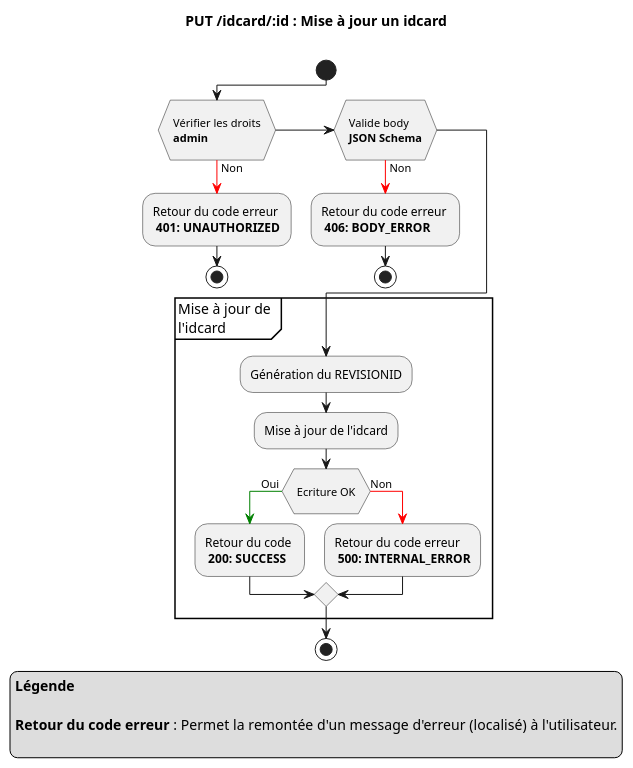
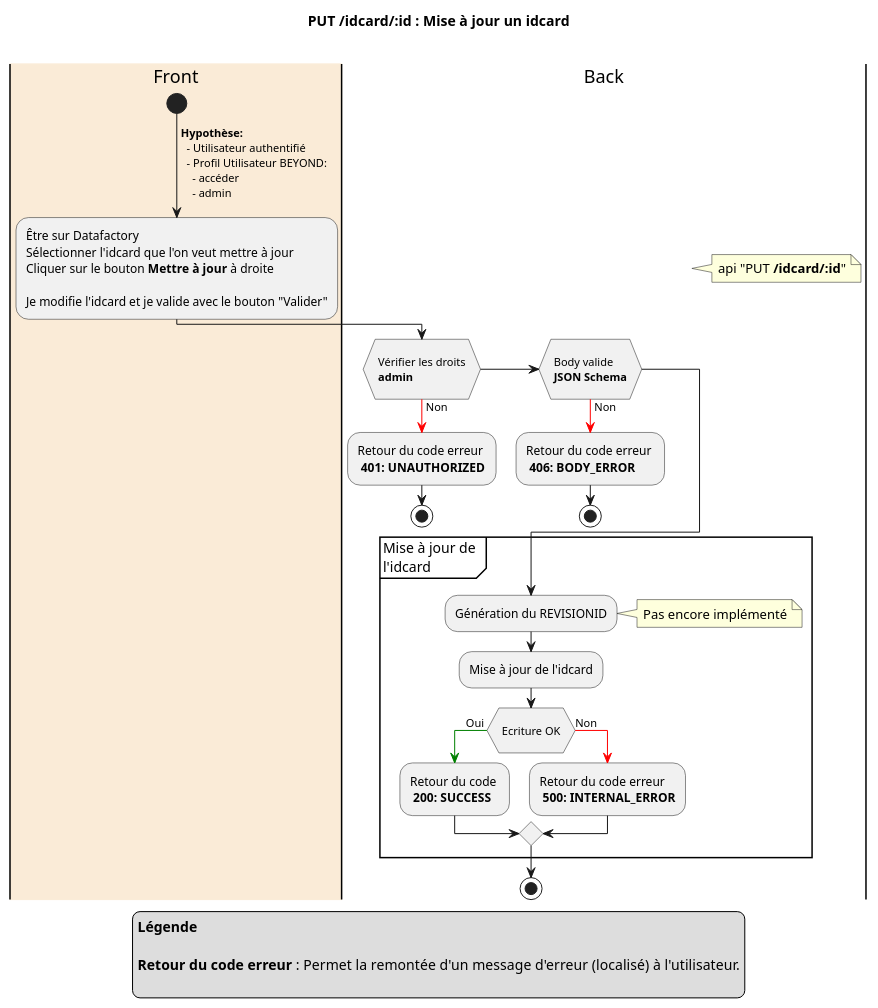
The diagram in 01.byd-DataFactory/1.ArchitectureDossier/images/idcard_update.puml (cogirep/documentation), drawn with PlantUML before and after one commit. The commit also changed 22 other files, not shown here.

Commit message:
doc: activity diagram idcard and enrichment

```diff
--- a/01.byd-DataFactory/1.ArchitectureDossier/images/idcard_update.puml
+++ b/01.byd-DataFactory/1.ArchitectureDossier/images/idcard_update.puml
@@ -1,40 +1,52 @@
-@startuml
+@startuml idcard_update
 
 title
 PUT **/idcard/:id** : Mise à jour un idcard
 
 end title
 
+|#AntiqueWhite| Front |
 start
+->  **Hypothèse:** \n  - Utilisateur authentifié \n  - Profil Utilisateur BEYOND:  \n    - accéder\n    - admin;
+
+-Être sur Datafactory\nSélectionner l'idcard que l'on veut mettre à jour \nCliquer sur le bouton **Mettre à jour** à droite \n\nJe modifie l'idcard et je valide avec le bouton "Valider"
+
+| Back |
+note right
+  api "PUT **/idcard/:id**"
+end note
 if ( \n Vérifier les droits \n **admin** \n)
     -[#red]-> Non ;
     -Retour du code erreur \n **401: UNAUTHORIZED**
     stop
-elseif ( \n Valide body \n **JSON Schema** \n )
+elseif ( \n Body valide \n **JSON Schema** \n )
     -[#red]-> Non ;
     -Retour du code erreur \n **406: BODY_ERROR**
     stop
 endif
 
 
 partition "Mise à jour de \nl'idcard" {
     -Génération du REVISIONID
+    note right
+      Pas encore implémenté
+    end note
     -Mise à jour de l'idcard
     if ( \n Ecriture OK \n )
         -[#green]-> Oui ;
         -Retour du code \n **200: SUCCESS**
     else
         -[#red]-> Non ;
         -Retour du code erreur \n **500: INTERNAL_ERROR**
     endif
 }
 stop
 
 legend 
 **Légende**
 
 **Retour du code erreur** : Permet la remontée d'un message d'erreur (localisé) à l'utilisateur.
 
 endlegend
 
 @enduml
```
